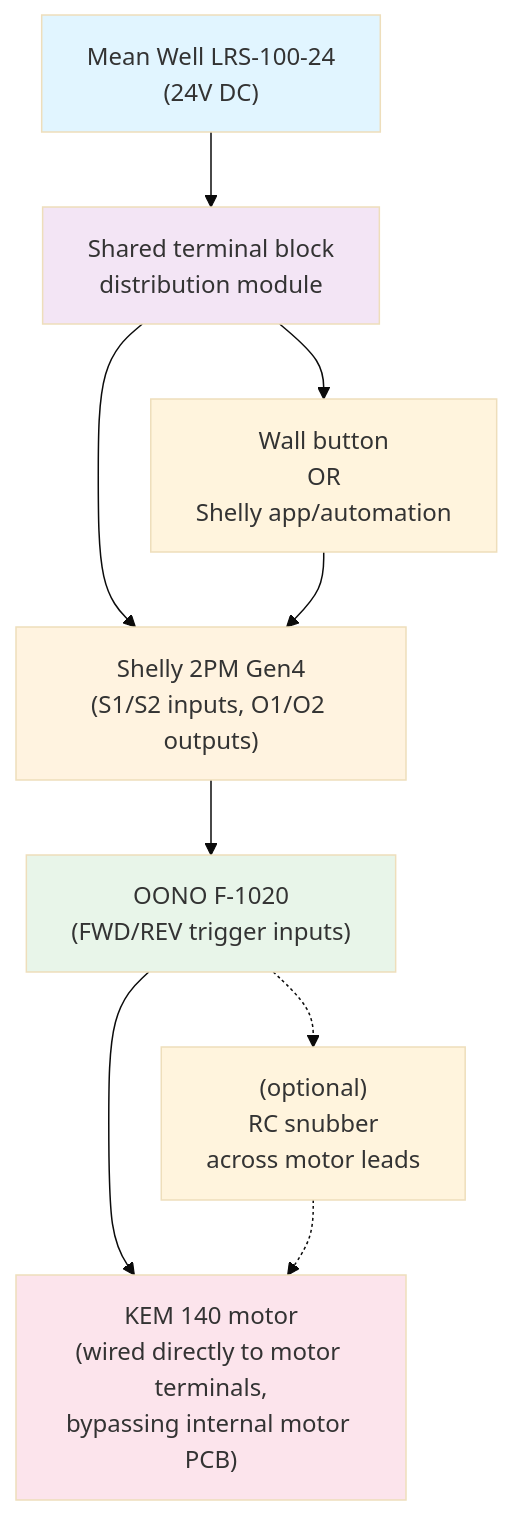
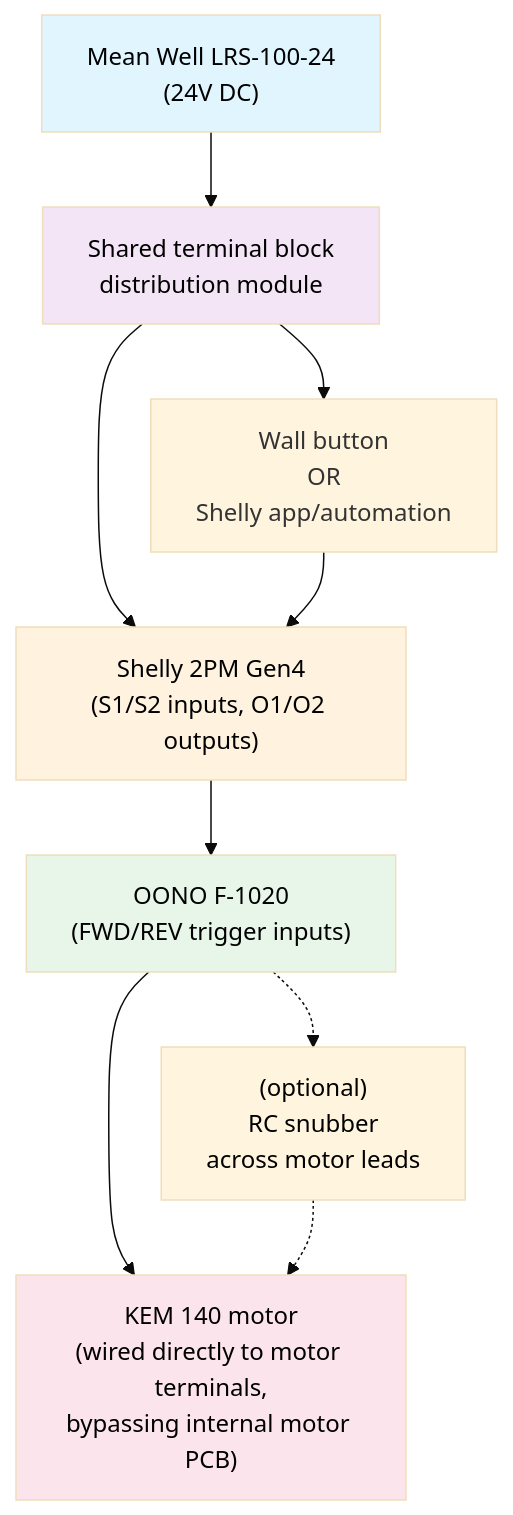
The diagram in docs/architecture.md (kochworx-bill/wlc100-shelly-retrofit), drawn with Mermaid (base theme) before and after one commit.

Commit message:
Update Mermaid diagram text color to dark for better contrast

````diff
--- a/docs/architecture.md
+++ b/docs/architecture.md
@@ -12,25 +12,26 @@
 ```mermaid
 graph TD
     PSU["Mean Well LRS-100-24<br/>(24V DC)"]
     TERM["Shared terminal block<br/>distribution module"]
     WALL["Wall button<br/>OR<br/>Shelly app/automation"]
     SHELLY["Shelly 2PM Gen4<br/>(S1/S2 inputs, O1/O2 outputs)"]
     OONO["OONO F-1020<br/>(FWD/REV trigger inputs)"]
     MOTOR["KEM 140 motor<br/>(wired directly to motor terminals,<br/>bypassing internal motor PCB)"]
     SNUB["(optional)<br/>RC snubber<br/>across motor leads"]
     
     PSU --> TERM
     TERM --> WALL
     TERM --> SHELLY
     WALL --> SHELLY
     SHELLY --> OONO
     OONO --> MOTOR
     OONO -.-> SNUB
     SNUB -.-> MOTOR
     
-    style PSU fill:#e1f5ff
-    style TERM fill:#f3e5f5
-    style SHELLY fill:#fff3e0
-    style OONO fill:#e8f5e9
-    style MOTOR fill:#fce4ec
+    style PSU fill:#e1f5ff,color:#000000
+    style TERM fill:#f3e5f5,color:#000000
+    style SHELLY fill:#fff3e0,color:#000000
+    style OONO fill:#e8f5e9,color:#000000
+    style MOTOR fill:#fce4ec,color:#000000
+    style SNUB color:#000000
 ```
````
